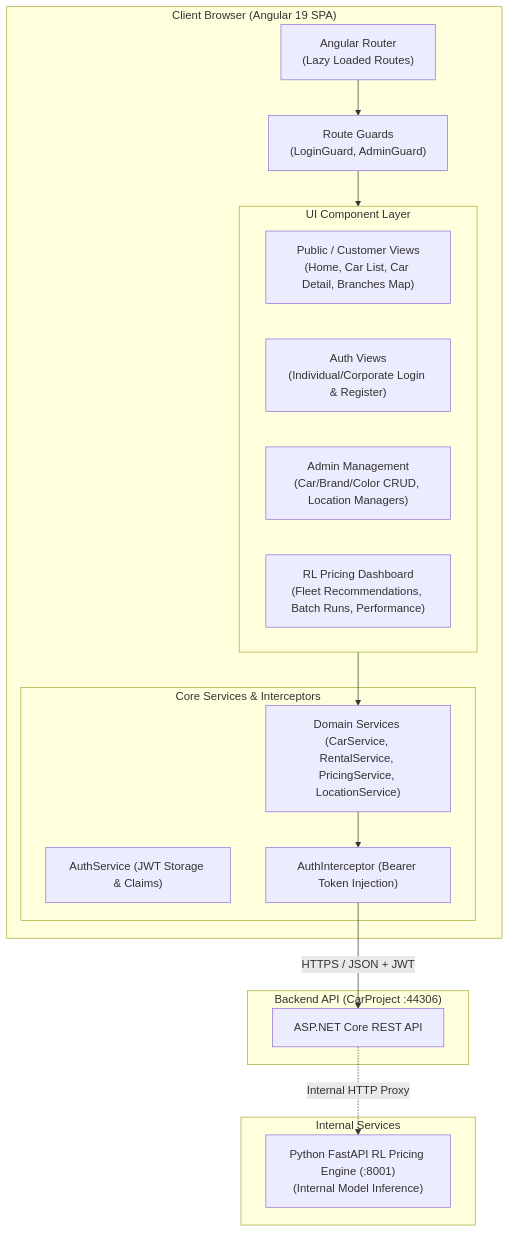
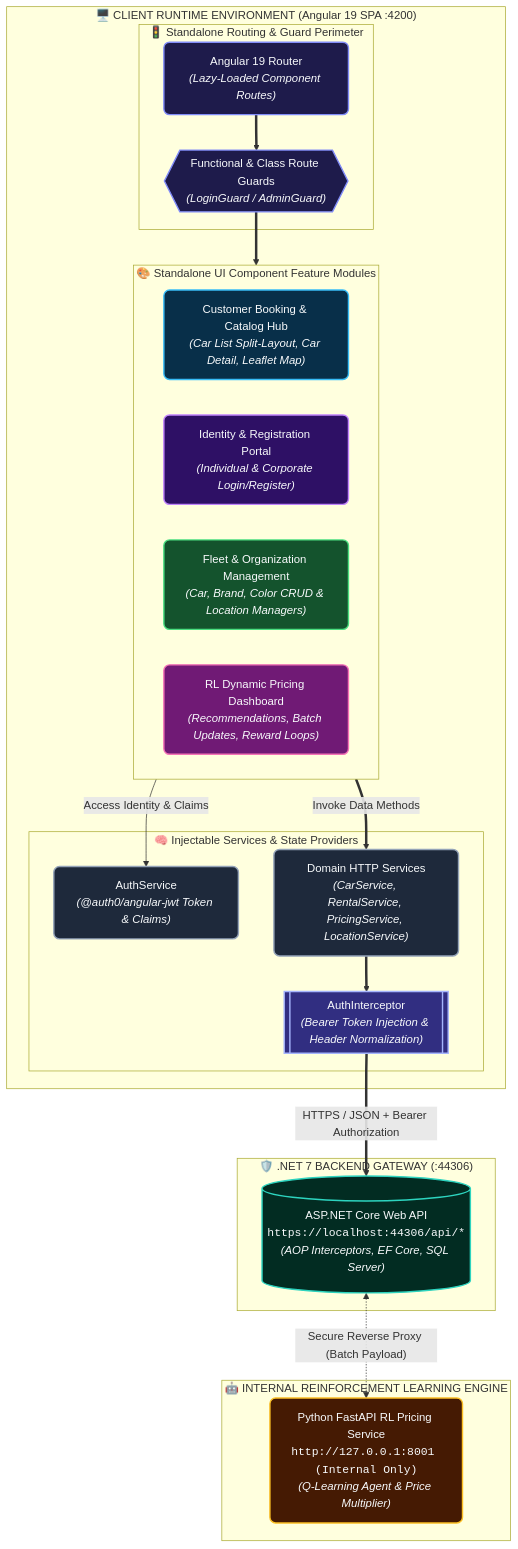
Before and after one commit to kamiltuncok/rentacar: the diagram in README.md, drawn with Mermaid.

Commit message:
readme diagram added

````diff
--- a/README.md
+++ b/README.md
@@ -19,35 +19,54 @@
 ```mermaid
-flowchart TD
-    subgraph Browser ["Client Browser (Angular 19 SPA)"]
-        Router["Angular Router<br/>(Lazy Loaded Routes)"]
-        Guards["Route Guards<br/>(LoginGuard, AdminGuard)"]
-        
-        subgraph UIComponents ["UI Component Layer"]
-            PublicView["Public / Customer Views<br/>(Home, Car List, Car Detail, Branches Map)"]
-            AuthView["Auth Views<br/>(Individual/Corporate Login & Register)"]
-            AdminView["Admin Management<br/>(Car/Brand/Color CRUD, Location Managers)"]
-            PricingDash["RL Pricing Dashboard<br/>(Fleet Recommendations, Batch Runs, Performance)"]
+flowchart TB
+    %% ================= GLOBAL STYLES =================
+    classDef routerStyle fill:#1e1b4b,stroke:#818cf8,stroke-width:2px,color:#f8fafc,rx:8,ry:8;
+    classDef publicView fill:#082f49,stroke:#38bdf8,stroke-width:2px,color:#f8fafc,rx:8,ry:8;
+    classDef authView fill:#2e1065,stroke:#c084fc,stroke-width:2px,color:#f8fafc,rx:8,ry:8;
+    classDef adminView fill:#14532d,stroke:#4ade80,stroke-width:2px,color:#f8fafc,rx:8,ry:8;
+    classDef pricingView fill:#701a75,stroke:#f472b6,stroke-width:2px,color:#f8fafc,rx:8,ry:8;
+    classDef serviceStyle fill:#1e293b,stroke:#94a3b8,stroke-width:2px,color:#f8fafc,rx:8,ry:8;
+    classDef interceptorStyle fill:#312e81,stroke:#a5b4fc,stroke-width:2px,color:#f8fafc,rx:8,ry:8;
+    classDef backendStyle fill:#022c22,stroke:#2dd4bf,stroke-width:2px,color:#f8fafc,rx:8,ry:8;
+    classDef mlStyle fill:#451a03,stroke:#fbbf24,stroke-width:2px,color:#f8fafc,rx:8,ry:8;
+
+    %% ================= CLIENT RUNTIME =================
+    subgraph ClientBrowser [" 🖥️ CLIENT RUNTIME ENVIRONMENT (Angular 19 SPA :4200) "]
+
+        subgraph NavigationTier [" 🚦 Standalone Routing & Guard Perimeter "]
+            Router["Angular 19 Router<br/><i>(Lazy-Loaded Component Routes)</i>"]:::routerStyle
+            Guards{{"Functional & Class Route Guards<br/><i>(LoginGuard / AdminGuard)</i>"}}:::routerStyle
         end
-        
-        subgraph CoreServices ["Core Services & Interceptors"]
-            AuthService["AuthService (JWT Storage & Claims)"]
-            Interceptor["AuthInterceptor (Bearer Token Injection)"]
-            Services["Domain Services (CarService, RentalService, PricingService, LocationService)"]
+
+        subgraph ComponentLayers [" 🎨 Standalone UI Component Feature Modules "]
+            PublicViews["Customer Booking & Catalog Hub<br/><i>(Car List Split-Layout, Car Detail, Leaflet Map)</i>"]:::publicView
+            AuthViews["Identity & Registration Portal<br/><i>(Individual & Corporate Login/Register)</i>"]:::authView
+            AdminViews["Fleet & Organization Management<br/><i>(Car, Brand, Color CRUD & Location Managers)</i>"]:::adminView
+            PricingViews["RL Dynamic Pricing Dashboard<br/><i>(Recommendations, Batch Updates, Reward Loops)</i>"]:::pricingView
+        end
+
+        subgraph CoreServicesTier [" 🧠 Injectable Services & State Providers "]
+            AuthService["AuthService<br/><i>(@auth0/angular-jwt Token & Claims)</i>"]:::serviceStyle
+            DomainServices["Domain HTTP Services<br/><i>(CarService, RentalService, PricingService, LocationService)</i>"]:::serviceStyle
+            Interceptor[["AuthInterceptor<br/><i>(Bearer Token Injection & Header Normalization)</i>"]]:::interceptorStyle
         end
     end
-    
-    subgraph BackendAPI ["Backend API (CarProject :44306)"]
-        DotNetAPI["ASP.NET Core REST API"]
+
+    %% ================= BACKEND & ML APIS =================
+    subgraph BackendAPI [" 🛡️ .NET 7 BACKEND GATEWAY (:44306) "]
+        DotNetAPI[("ASP.NET Core Web API<br/><code>https://localhost:44306/api/*</code><br/><i>(AOP Interceptors, EF Core, SQL Server)</i>")]:::backendStyle
     end
 
-    subgraph InternalServices ["Internal Services"]
-        PythonRL["Python FastAPI RL Pricing Engine (:8001)<br/>(Internal Model Inference)"]
+    subgraph MLMicroservice [" 🤖 INTERNAL REINFORCEMENT LEARNING ENGINE "]
+        PythonRL["Python FastAPI RL Pricing Service<br/><code>http://127.0.0.1:8001 (Internal Only)</code><br/><i>(Q-Learning Agent & Price Multiplier)</i>"]:::mlStyle
     end
 
-    Router --> Guards
-    Guards --> UIComponents
-    UIComponents --> Services
-    Services --> Interceptor
-    Interceptor -->|HTTPS / JSON + JWT| DotNetAPI
-    DotNetAPI -.->|Internal HTTP Proxy| PythonRL
+    %% ================= PIPELINE CONNECTIONS =================
+    Router ==> Guards
+    Guards ==> ComponentLayers
+
+    ComponentLayers -->|"Access Identity & Claims"| AuthService
+    ComponentLayers ==>|"Invoke Data Methods"| DomainServices
+    DomainServices ==> Interceptor
+    Interceptor ==>|"HTTPS / JSON + Bearer Authorization"| DotNetAPI
+    DotNetAPI <-.->|"Secure Reverse Proxy (Batch Payload)"| PythonRL
 ```
````
